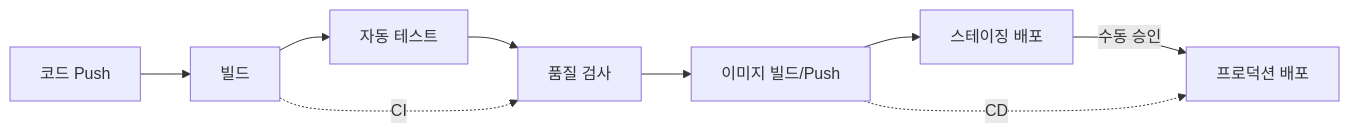
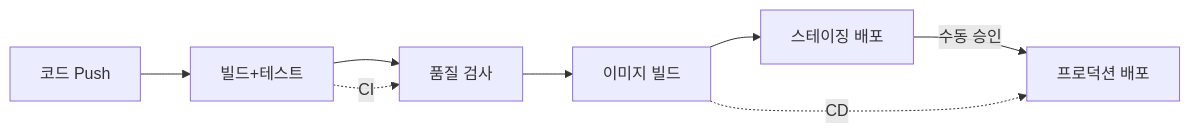
The first of 4 diagrams in _posts/cicd/2026-05-01-cicd.md (yjkim2015/yjkim2015.github.io), drawn with Mermaid before and after one commit. The commit also changed other lines of this file and 245 other files, not shown here.

First line of the commit message:
Mermaid 다이어그램 전면 수정 + 면접 포인트 접기/펼치기 + DB 데드락 페이지

````diff
--- a/_posts/cicd/2026-05-01-cicd.md
+++ b/_posts/cicd/2026-05-01-cicd.md
@@ -19,11 +19,10 @@
 ```mermaid
 graph LR
-    DEV["코드 Push"] --> BUILD["빌드"]
-    BUILD --> TEST["자동 테스트"]
-    TEST --> LINT["품질 검사"]
-    LINT --> DOCKER["이미지 빌드/Push"]
-    DOCKER --> STAGE["스테이징 배포"]
+    DEV["코드 Push"] --> BUILD["빌드+테스트"]
+    BUILD --> LINT["품질 검사"]
+    LINT --> IMG["이미지 빌드"]
+    IMG --> STAGE["스테이징 배포"]
     STAGE -->|"수동 승인"| PROD["프로덕션 배포"]
     BUILD -.->|CI| LINT
-    DOCKER -.->|CD| PROD
+    IMG -.->|CD| PROD
 ```
````
